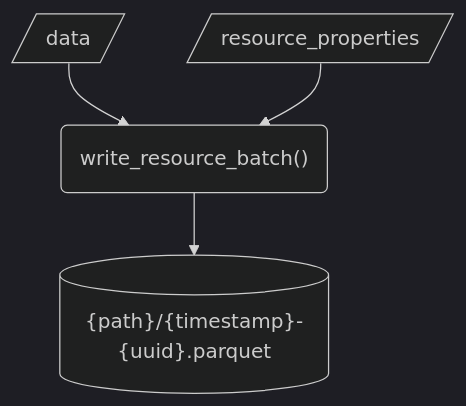
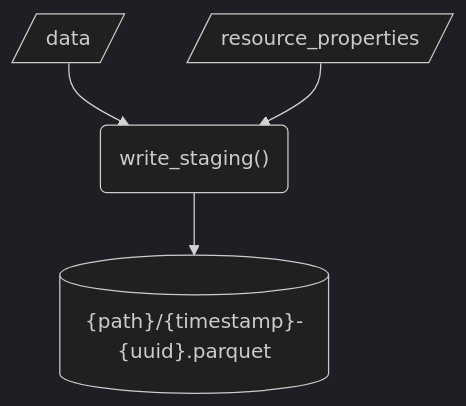
One commit to seedcase-project/seedcase-sprout changed the second of 10 diagrams in docs/design/interface/functions.qmd. Above: the diagram before and after it, drawn with Mermaid (dark theme). The commit also changed other lines of this file and 18 other files, not shown here.

````diff
--- a/docs/design/interface/functions.qmd
+++ b/docs/design/interface/functions.qmd
@@ -77,10 +77,10 @@
 ```{mermaid}
 flowchart
     in_data[/data/]
     in_properties[/resource_properties/]
-    function("write_resource_batch()")
+    function("write_staging()")
     out[("{path}/{timestamp}-{uuid}.parquet")]
     in_data --> function
     in_properties --> function
     function --> out
 ```
````
